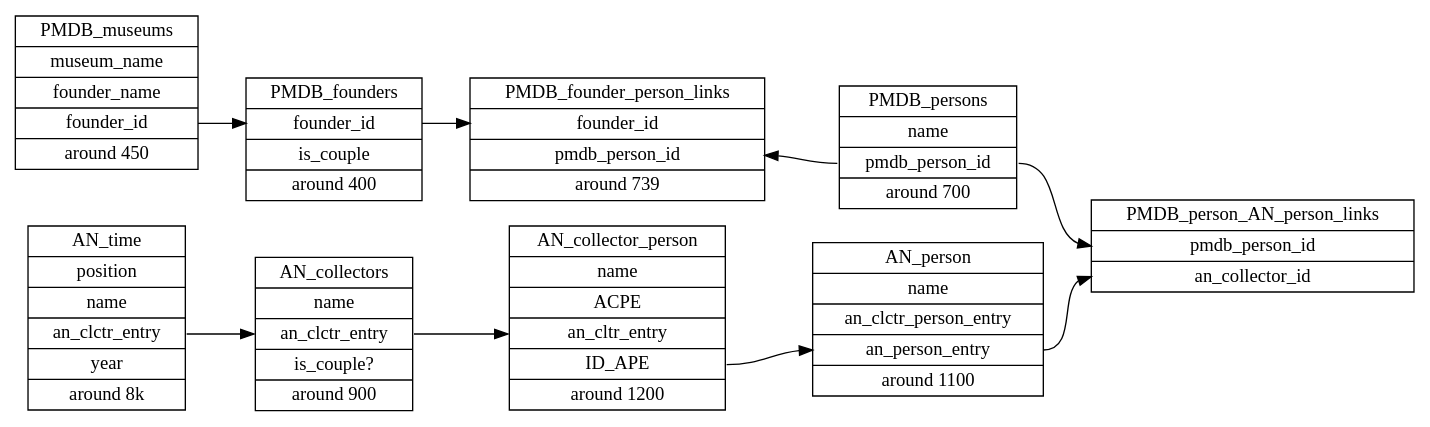
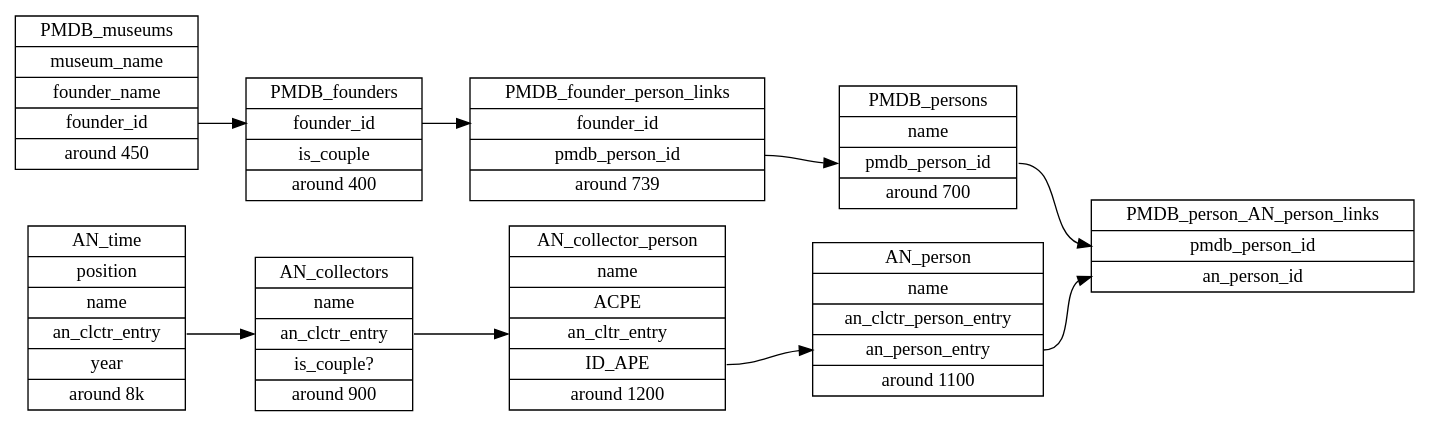
One commit to swhalemwo/pmdata changed the third of 3 diagrams in doc/doc_pmdata.org. Above: the diagram before and after it, drawn with Graphviz. The commit also changed other lines of this file and 3 other files, not shown here.

```diff
--- a/doc/doc_pmdata.org
+++ b/doc/doc_pmdata.org
@@ -145,69 +145,69 @@
 #+begin_src dot :file artnews_data_structure.png
 digraph D {
   rankdir = "LR"
   node[shape = "record"]
 
   AN_time [
 	   label = "<f0> AN_time | <f1> position | <name> name | <ID_ACE> an_clctr_entry | year |  around 8k"
 	   ];
 
 
   AN_collectors [
 	   label = "<f0> AN_collectors| <name> name | <ID> an_clctr_entry | is_couple? | around 900"
 	   ];
 
   // like AN_collectors, but with couples split up
   AN_collector_persons [
 	label = "AN_collector_person | name | <ID_ACPE> ACPE | <ID_ACE> an_cltr_entry | <ID_APE> ID_APE
 	| around 1200"];
 
   
   // persons are now unique: in AN_collector_persons, the same person can be part of different collectors
   // e.g. once on her own, once as part of couple
   AN_person [
 	   label = "<f0> AN_person | <f1> name | <ID_ACPE> an_clctr_person_entry | <ID_person> an_person_entry |
 	   around 1100"
 	   ];
 
   PMDB_museums [
 		label = "<f1> PMDB_museums |  museum_name | <founder_name> founder_name | <founder_id> founder_id
 		| around 450"
 		];
 
   PMDB_founders [
 		 label = "PMDB_founders | <founder_id> founder_id | is_couple | around 400"]
 
 
   PMDB_persons [
 		   label = "PMDB_persons | name | <pmdb_person_id>pmdb_person_id | around 700 "
 		   ]
 
   // this table is necessary because of couples and multiple founders, i think?
   // if there were no couples, i could link collector person via name?
   // if there were no repeat founders, collector-person would be longer?
   // idk why, but just feels more linkable
   PMDB_founder_person_links [
 				label = "PMDB_founder_person_links | <founder_id> founder_id |
 				<pmdb_person_id> pmdb_person_id | around 739"]
   
   // this is what has to be manually created, maybe I can use my MOW framework
   // this is what Luisa did 
   PMDB_person_AN_person_links[
 				    label = "PMDB_person_AN_person_links |
 				    <pmdb_person_id> pmdb_person_id |
-				    <an_collector_id> an_collector_id"]
+				    <an_person_id> an_person_id"]
 
   AN_time:ID_ACE -> AN_collectors:ID
   // AN_collectors:ID -> AN_person:ID_clctr [dir=back]
   AN_collectors:ID -> AN_collector_persons:ID_ACE
   AN_collector_persons:ID_APE -> AN_person:ID_person
   
   PMDB_museums:founder_id -> PMDB_founders:founder_id
   PMDB_founders:founder_id -> PMDB_founder_person_links:founder_id
-  PMDB_founder_person_links:pmdb_person_id -> PMDB_persons:pmdb_person_id [dir=back]
+  PMDB_founder_person_links:pmdb_person_id -> PMDB_persons:pmdb_person_id // [dir=back]
 
   PMDB_persons:pmdb_person_id -> PMDB_person_AN_person_links:pmdb_person_id
-  AN_person:ID_person -> PMDB_person_AN_person_links:an_collector_id
+  AN_person:ID_person -> PMDB_person_AN_person_links:an_person_id
   
 }
 #+end_src
```
